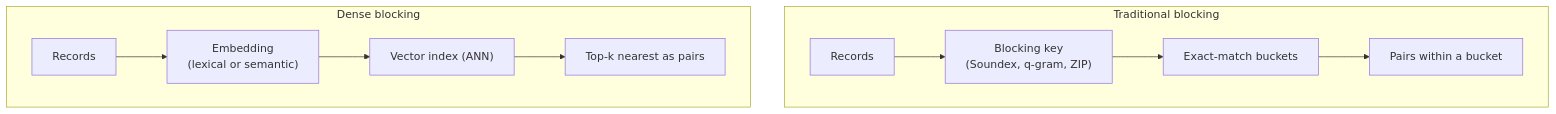
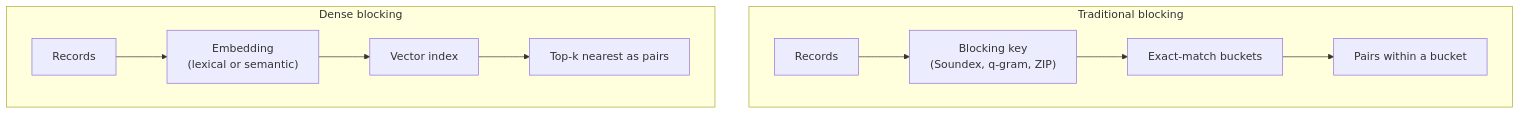
The second of 3 diagrams in docs/getting-started/tutorial.md (caalvaro/denselinkage), drawn with Mermaid before and after one commit. The commit also changed other lines of this file and 10 other files, not shown here.

````diff
--- a/docs/getting-started/tutorial.md
+++ b/docs/getting-started/tutorial.md
@@ -51,15 +51,15 @@
 ```{mermaid}
 flowchart TB
     subgraph trad["Traditional blocking"]
         direction LR
         t1[Records] --> t2["Blocking key<br/>(Soundex, q-gram, ZIP)"]
         t2 --> t3["Exact-match buckets"]
         t3 --> t4["Pairs within a bucket"]
     end
     subgraph dense["Dense blocking"]
         direction LR
         d1[Records] --> d2["Embedding<br/>(lexical or semantic)"]
-        d2 --> d3["Vector index (ANN)"]
+        d2 --> d3["Vector index"]
         d3 --> d4["Top-k nearest as pairs"]
     end
 ```
````
